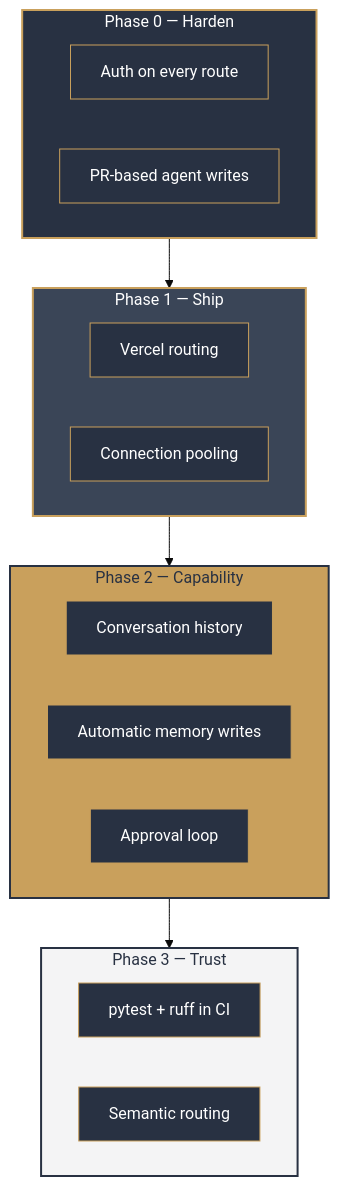
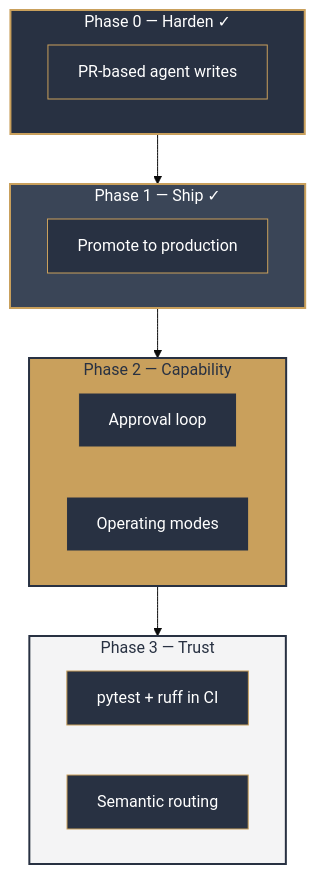
The sixth of 6 diagrams in README.md (SpeakPower-commits/claude-central-agent), drawn with Mermaid before and after one commit. The commit also changed other lines of this file and 1 other file, not shown here.

First line of the commit message:
docs: document auth, threads and the production promotion step

````diff
--- a/README.md
+++ b/README.md
@@ -318,27 +324,24 @@
 ```mermaid
 %%{init: {'theme':'base','themeVariables':{'primaryColor':'#283142','primaryTextColor':'#ffffff','primaryBorderColor':'#C9A05C','fontFamily':'ui-sans-serif, system-ui, sans-serif'}}}%%
 flowchart TB
-    subgraph P0["Phase 0 — Harden"]
-        A1["Auth on every route"]
+    subgraph P0["Phase 0 — Harden ✓"]
         A2["PR-based agent writes"]
     end
-    subgraph P1["Phase 1 — Ship"]
-        B1["Vercel routing"]
-        B2["Connection pooling"]
+    subgraph P1["Phase 1 — Ship ✓"]
+        B3["Promote to production"]
     end
     subgraph P2["Phase 2 — Capability"]
-        C1["Conversation history"]
-        C2["Automatic memory writes"]
         C3["Approval loop"]
+        C4["Operating modes"]
     end
     subgraph P3["Phase 3 — Trust"]
         D1["pytest + ruff in CI"]
         D2["Semantic routing"]
     end
     P0 --> P1 --> P2 --> P3
 
     style P0 fill:#283142,color:#fff,stroke:#C9A05C,stroke-width:2px
     style P1 fill:#3a4557,color:#fff,stroke:#C9A05C,stroke-width:2px
     style P2 fill:#C9A05C,color:#283142,stroke:#283142,stroke-width:2px
     style P3 fill:#f4f4f5,color:#283142,stroke:#283142,stroke-width:2px
 ```
````
